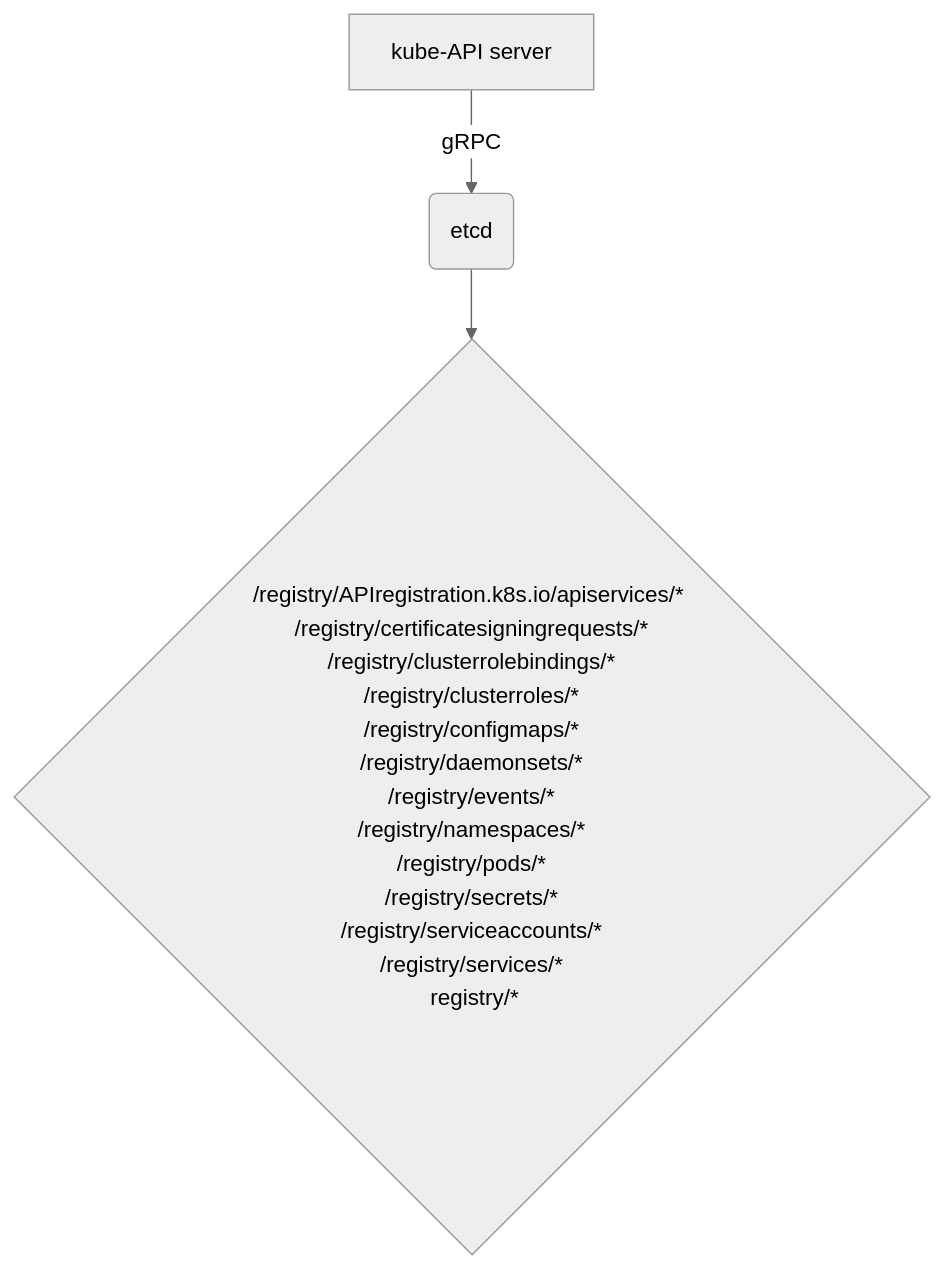
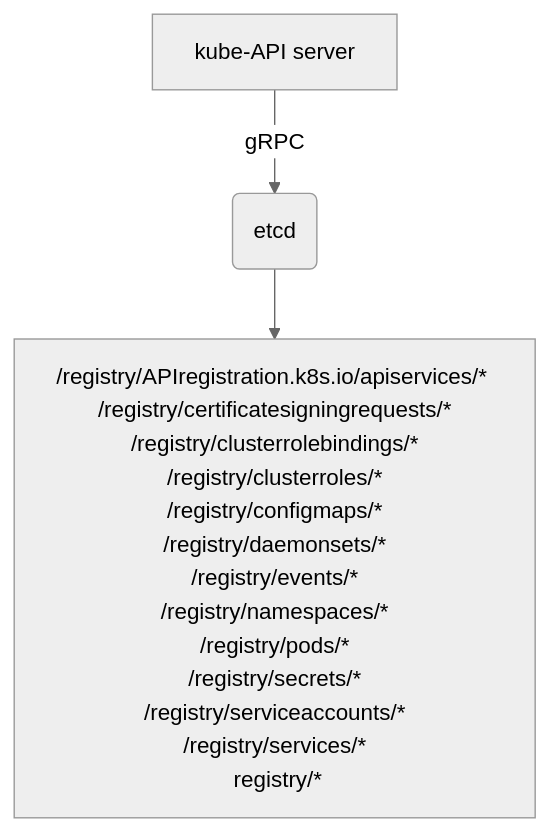
The second of 2 diagrams in Architecture_Overview.md (007chiragshah/tucana), drawn with Mermaid (neutral theme) before and after one commit.

````diff
--- a/Architecture_Overview.md
+++ b/Architecture_Overview.md
@@ -62,5 +62,5 @@
   ```mermaid 
   graph TD
     A[kube-API server] -->|gRPC| B(etcd)
-    B --> C{ /registry/APIregistration.k8s.io/apiservices/* \n /registry/certificatesigningrequests/* \n /registry/clusterrolebindings/* \n /registry/clusterroles/* \n /registry/configmaps/* \n /registry/daemonsets/* \n /registry/events/* \n /registry/namespaces/* \n /registry/pods/* \n /registry/secrets/* \n /registry/serviceaccounts/* \n /registry/services/* \n registry/* }
+    B --> C[ /registry/APIregistration.k8s.io/apiservices/* \n /registry/certificatesigningrequests/* \n /registry/clusterrolebindings/* \n /registry/clusterroles/* \n /registry/configmaps/* \n /registry/daemonsets/* \n /registry/events/* \n /registry/namespaces/* \n /registry/pods/* \n /registry/secrets/* \n /registry/serviceaccounts/* \n /registry/services/* \n registry/* ]
   ```
````
